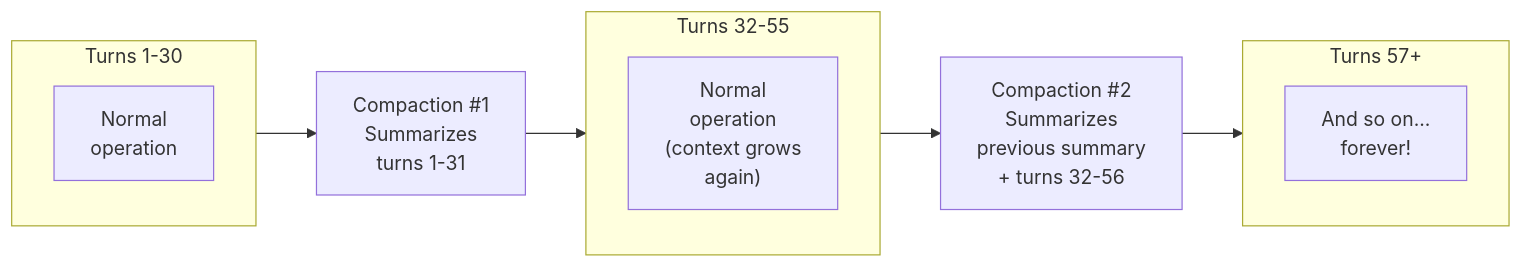
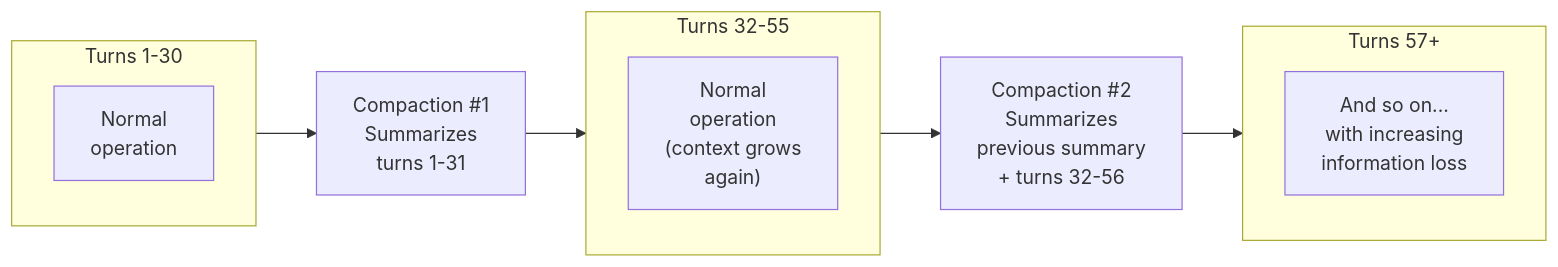
Diagram 11 of 17 in context-management.md (2kages/agent-learning), drawn with Mermaid before and after one commit. The commit also changed other lines of this file and 2 other files, not shown here.

````diff
--- a/context-management.md
+++ b/context-management.md
@@ -326,20 +491,20 @@
 ```mermaid
 flowchart LR
     subgraph C1 ["Turns 1-30"]
         T1["Normal<br/>operation"]
     end
 
     COMP1["Compaction #1<br/>Summarizes<br/>turns 1-31"]
 
     subgraph C2 ["Turns 32-55"]
         T2["Normal<br/>operation<br/>(context grows<br/>again)"]
     end
 
     COMP2["Compaction #2<br/>Summarizes<br/>previous summary<br/>+ turns 32-56"]
 
     subgraph C3 ["Turns 57+"]
-        T3["And so on...<br/>forever!"]
+        T3["And so on...<br/>with increasing<br/>information loss"]
     end
 
     C1 --> COMP1 --> C2 --> COMP2 --> C3
 ```
````
